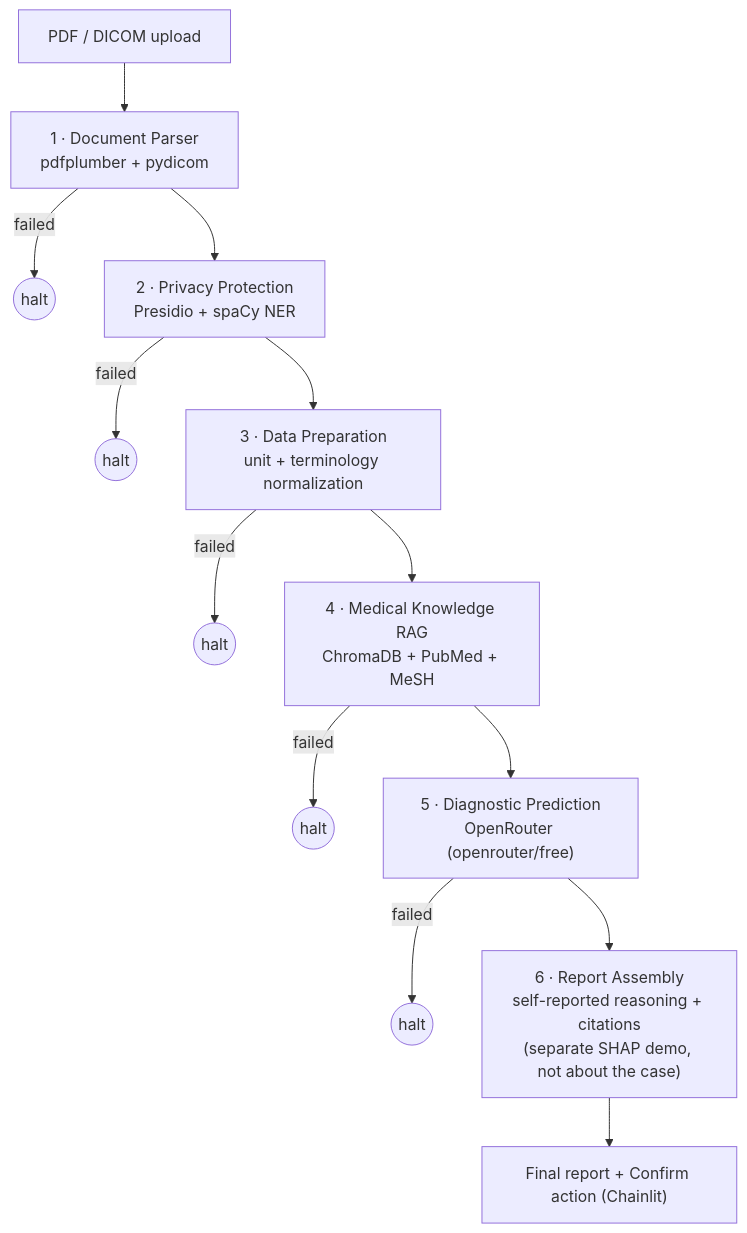
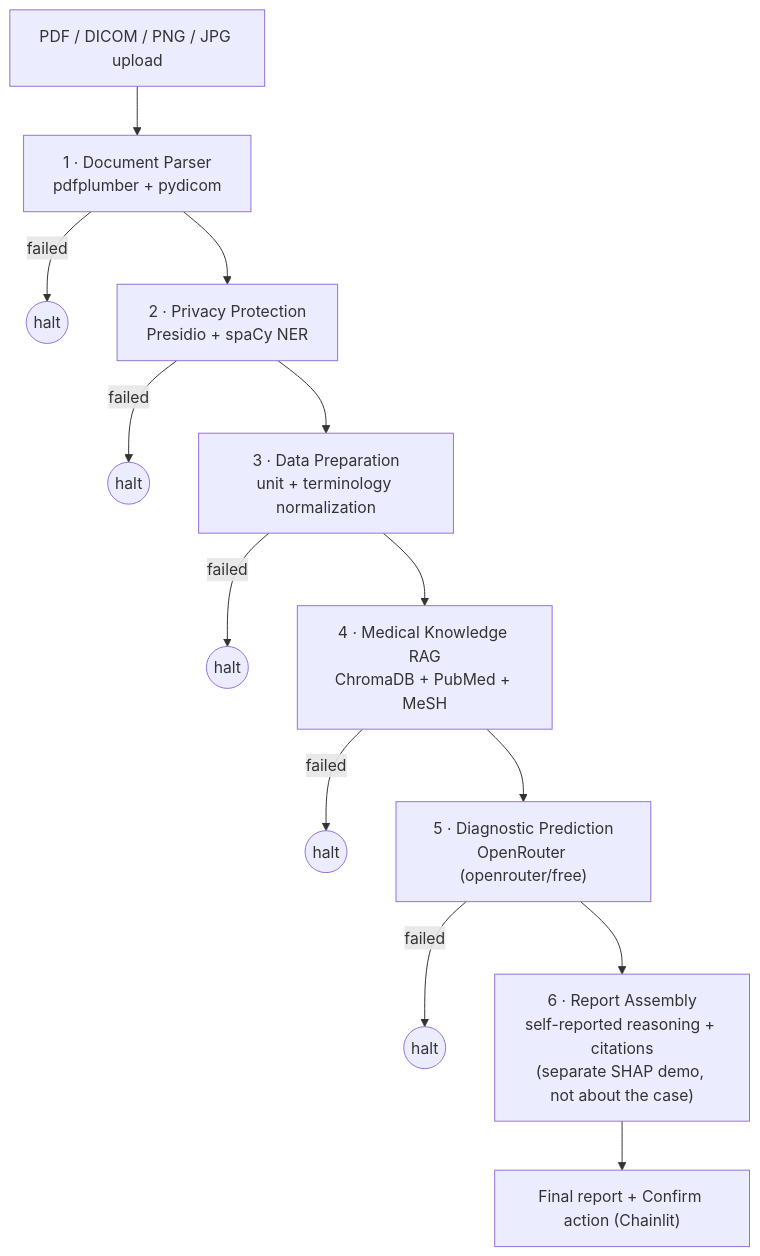
Before and after one commit to dineshyadav03/glassbox-md: the diagram in README.md, drawn with Mermaid. The commit also changed other lines of this file and 9 other files, not shown here.

First line of the commit message:
Accept PNG and JPG uploads, sent to the model as pixels only

````diff
--- a/README.md
+++ b/README.md
@@ -108,15 +108,15 @@
 ```mermaid
 flowchart TD
-    IN["PDF / DICOM upload"] --> P1
+    IN["PDF / DICOM / PNG / JPG upload"] --> P1
     P1["1 · Document Parser<br/>pdfplumber + pydicom"] -->|failed| END1(("halt"))
     P1 --> P2["2 · Privacy Protection<br/>Presidio + spaCy NER"]
     P2 -->|failed| END2(("halt"))
     P2 --> P3["3 · Data Preparation<br/>unit + terminology normalization"]
     P3 -->|failed| END3(("halt"))
     P3 --> P4["4 · Medical Knowledge RAG<br/>ChromaDB + PubMed + MeSH"]
     P4 -->|failed| END4(("halt"))
     P4 --> P5["5 · Diagnostic Prediction<br/>OpenRouter (openrouter/free)"]
     P5 -->|failed| END5(("halt"))
     P5 --> P6["6 · Report Assembly<br/>self-reported reasoning + citations<br/>(separate SHAP demo, not about the case)"]
     P6 --> OUT["Final report + Confirm action (Chainlit)"]
 ```
````
